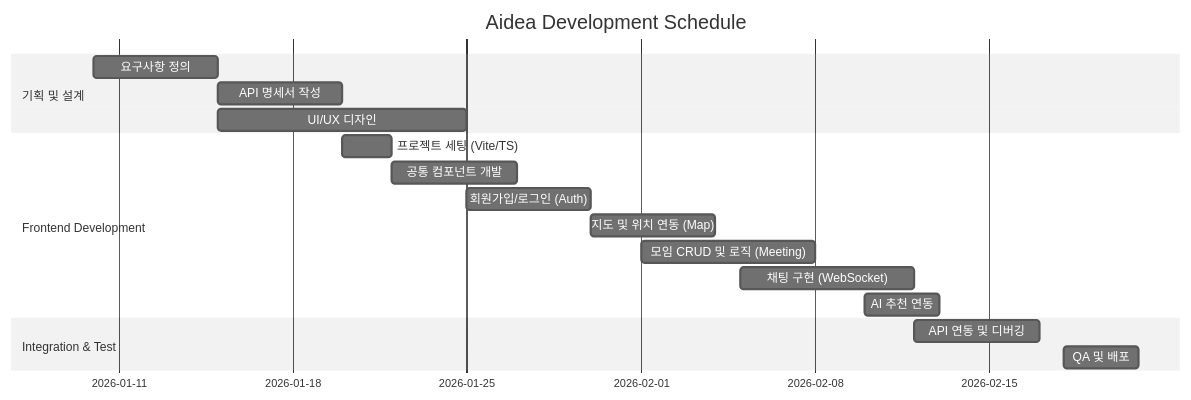
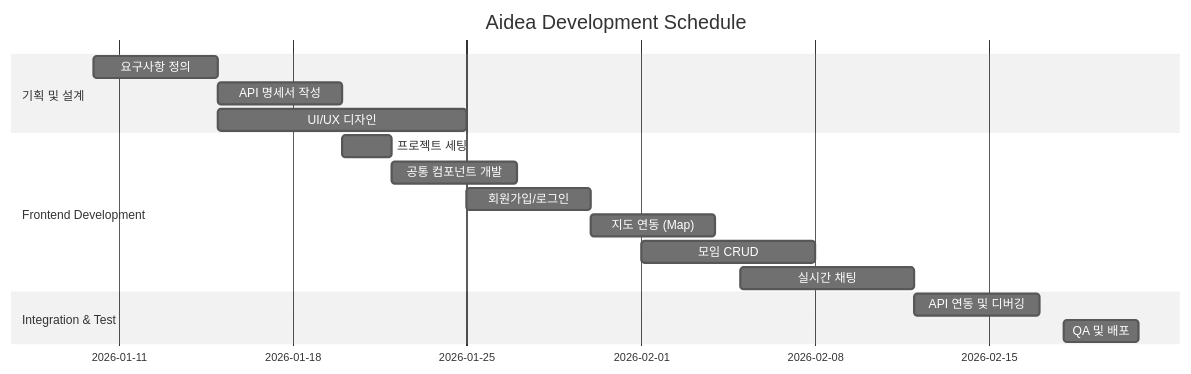
Before and after one commit to Younjin9/aidea: the second of 4 diagrams in README.md, drawn with Mermaid (neutral theme). The commit also changed other lines of this file, not shown here.

````diff
--- a/README.md
+++ b/README.md
@@ -204,20 +139,19 @@
 ```mermaid
 gantt
     title Aidea Development Schedule
     dateFormat YYYY-MM-DD
     section 기획 및 설계
         요구사항 정의 :2026-01-10, 5d
         API 명세서 작성 :2026-01-15, 5d
         UI/UX 디자인 :2026-01-15, 10d
     section Frontend Development
-        프로젝트 세팅 (Vite/TS) :2026-01-20, 2d
+        프로젝트 세팅 :2026-01-20, 2d
         공통 컴포넌트 개발 :2026-01-22, 5d
-        회원가입/로그인 (Auth) :2026-01-25, 5d
-        지도 및 위치 연동 (Map) :2026-01-30, 5d
-        모임 CRUD 및 로직 (Meeting) :2026-02-01, 7d
-        채팅 구현 (WebSocket) :2026-02-05, 7d
-        AI 추천 연동 :2026-02-10, 3d
+        회원가입/로그인 :2026-01-25, 5d
+        지도 연동 (Map) :2026-01-30, 5d
+        모임 CRUD :2026-02-01, 7d
+        실시간 채팅 :2026-02-05, 7d
     section Integration & Test
         API 연동 및 디버깅 :2026-02-12, 5d
         QA 및 배포 :2026-02-18, 3d
 ```
````
